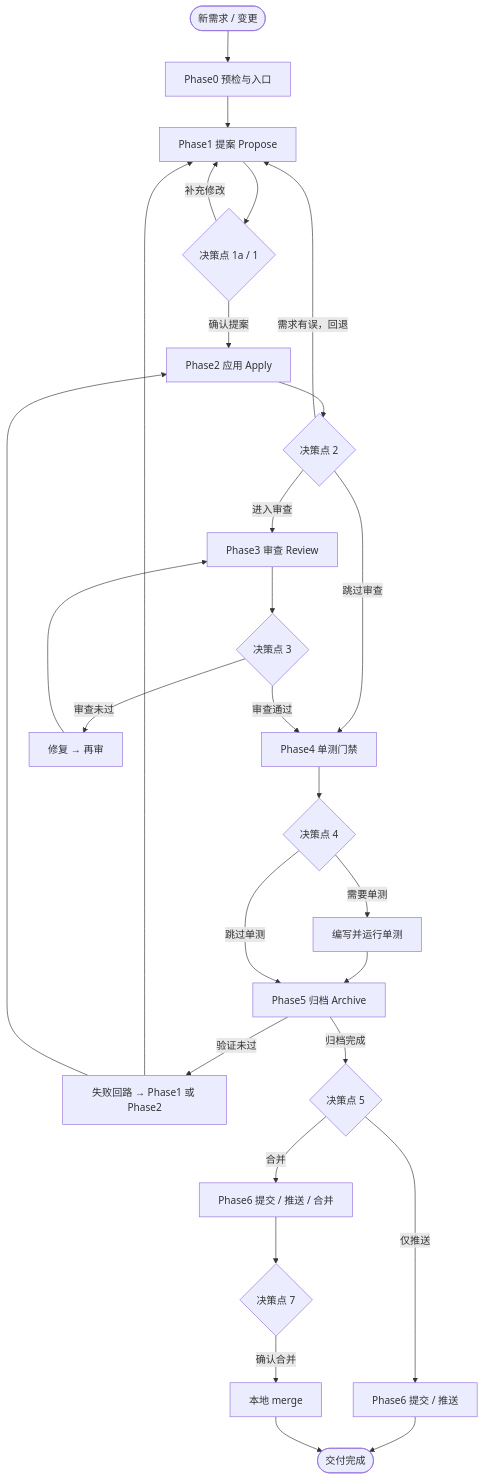
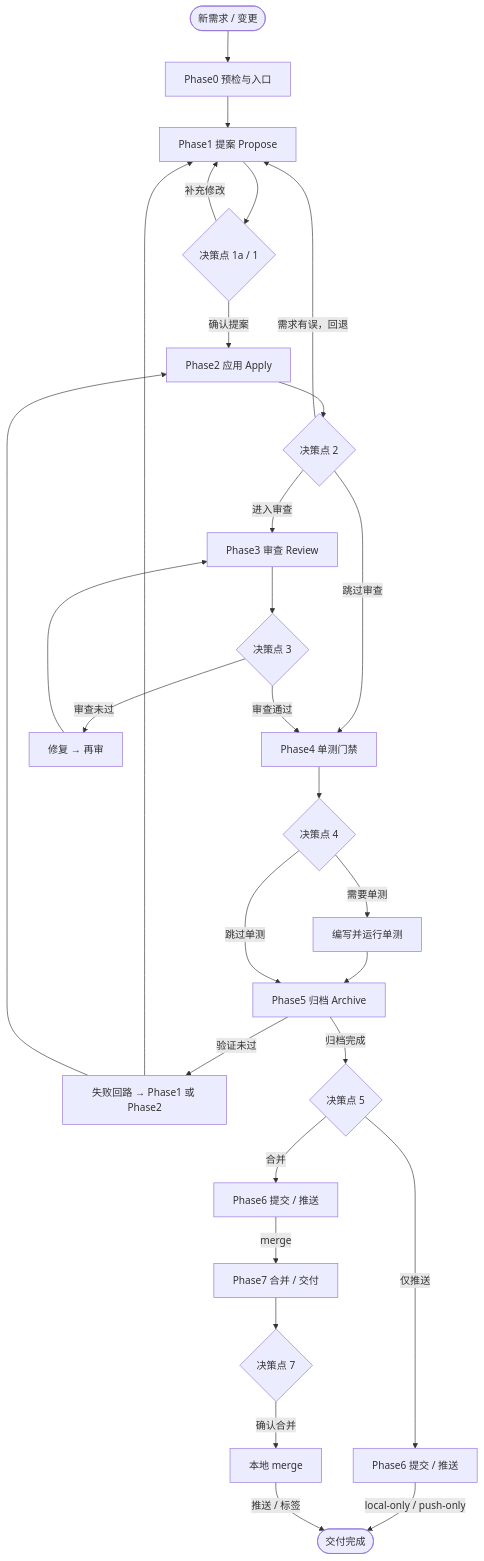
One commit to ZhaoYis/My-Skills changed the diagram in dev-pipeline/test-space/snake-game/.claude/skills/opsx-dev-pipeline/SKILL.md. Above: the diagram before and after it, drawn with Mermaid. The commit also changed other lines of this file and 46 other files, not shown here.

First line of the commit message:
feat: Refactor dev-pipeline phases to include Phase 7 for merge and delivery

````diff
--- a/dev-pipeline/test-space/snake-game/.claude/skills/opsx-dev-pipeline/SKILL.md
+++ b/dev-pipeline/test-space/snake-game/.claude/skills/opsx-dev-pipeline/SKILL.md
@@ -71,38 +72,39 @@
 ```mermaid
 flowchart TD
   START(["新需求 / 变更"]) --> P0["Phase0 预检与入口"]
 
   P0 --> P1["Phase1 提案 Propose"]
 
   P1 --> DP1{"决策点 1a / 1"}
   DP1 -->|确认提案| P2["Phase2 应用 Apply"]
   DP1 -->|补充修改| P1
 
   P2 --> DP2{"决策点 2"}
   DP2 -->|进入审查| P3["Phase3 审查 Review"]
   DP2 -->|跳过审查| P4["Phase4 单测门禁"]
   DP2 -->|需求有误，回退| P1
 
   P3 --> DP3{"决策点 3"}
   DP3 -->|审查通过| P4
   DP3 -->|审查未过| FIX["修复 → 再审"]
   FIX --> P3
 
   P4 --> DP4{"决策点 4"}
   DP4 -->|需要单测| UT["编写并运行单测"]
   UT --> P5["Phase5 归档 Archive"]
   DP4 -->|跳过单测| P5
 
   P5 -->|验证未过| VFIX["失败回路 → Phase1 或 Phase2"]
   VFIX --> P1
   VFIX --> P2
   P5 -->|归档完成| DP5{"决策点 5"}
   DP5 -->|仅推送| P6["Phase6 提交 / 推送"]
-  DP5 -->|合并| P6MERGE["Phase6 提交 / 推送 / 合并"]
+  DP5 -->|合并| P6MERGE["Phase6 提交 / 推送"]
 
-  P6 --> DONE(["交付完成"])
+  P6 -->|local-only / push-only| DONE(["交付完成"])
+  P6MERGE -->|merge| P7["Phase7 合并 / 交付"]
 
-  P6MERGE --> DP7{"决策点 7"}
+  P7 --> DP7{"决策点 7"}
   DP7 -->|确认合并| MERGE["本地 merge"]
-  MERGE --> DONE
+  MERGE -->|推送 / 标签| DONE
 ```
````
